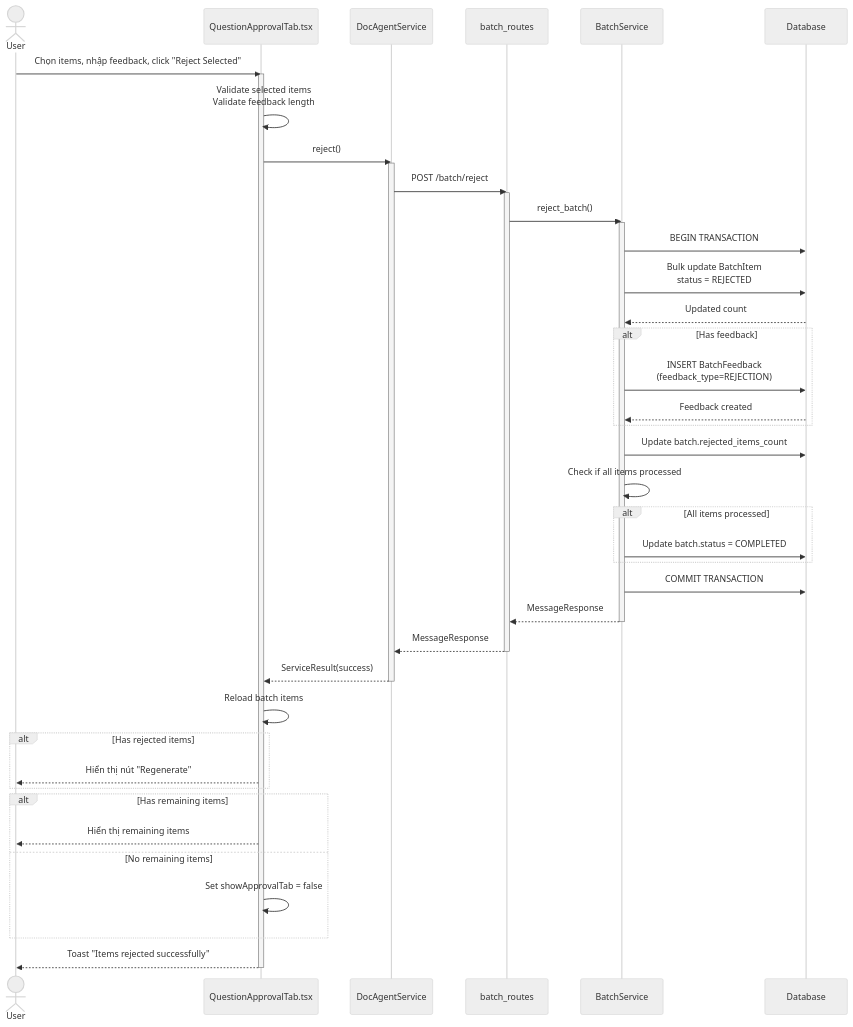
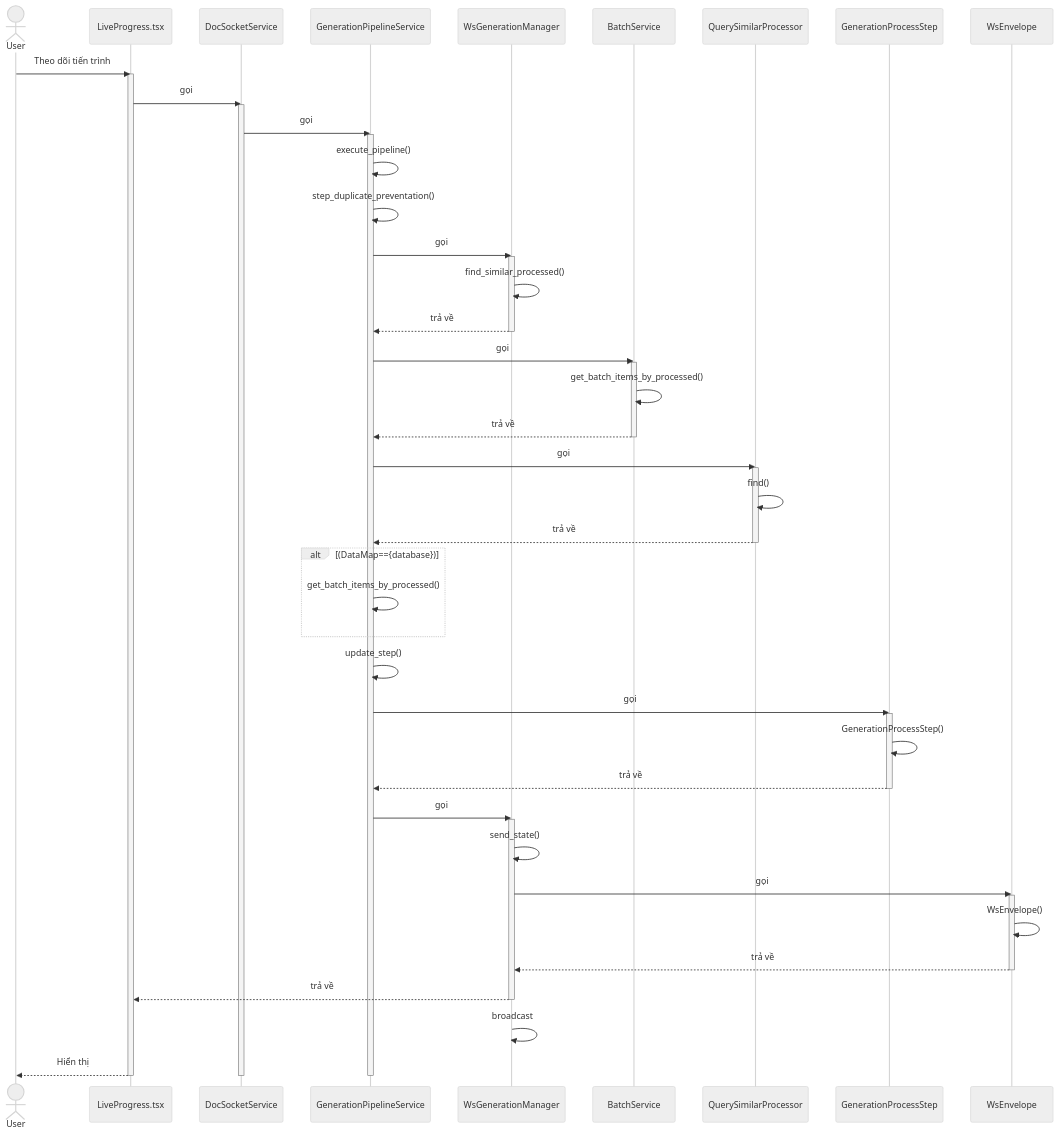
One commit to mduc-2610/gp_doc changed the ninth of 10 diagrams in generation/4_generation_batch_seq.md. Above: the diagram before and after it, drawn with Mermaid (neutral theme). The commit also changed other lines of this file and 34 other files, not shown here.

````diff
--- a/generation/4_generation_batch_seq.md
+++ b/generation/4_generation_batch_seq.md
@@ -912,63 +632,76 @@
 ```mermaid
 sequenceDiagram
     actor User
-    participant QuestionApprovalTab as QuestionApprovalTab.tsx
-    participant DocAgentService as DocAgentService
-    participant BatchRoutes as batch_routes
+    participant LiveProgress as LiveProgress.tsx
+    participant DocSocketService as DocSocketService
+    participant GenerationPipelineService as GenerationPipelineService
+    participant WsGenerationManager as WsGenerationManager
     participant BatchService as BatchService
-    participant DB as Database
+    participant QuerySimilarProcessor as QuerySimilarProcessor
+    participant GenerationProcessStep as GenerationProcessStep
+    participant WsEnvelope as WsEnvelope
 
-    User->>QuestionApprovalTab: Chọn items, nhập feedback, click "Reject Selected"
-    activate QuestionApprovalTab
+    User->>LiveProgress: Theo dõi tiến trình
+    activate LiveProgress
     
-    QuestionApprovalTab->>QuestionApprovalTab: Validate selected items<br/>Validate feedback length
+    LiveProgress->>DocSocketService: gọi
+    activate DocSocketService
     
-    QuestionApprovalTab->>DocAgentService: reject()
-    activate DocAgentService
-    DocAgentService->>BatchRoutes: POST /batch/reject
-    activate BatchRoutes
+    DocSocketService->>GenerationPipelineService: gọi
+    activate GenerationPipelineService
     
-    BatchRoutes->>BatchService: reject_batch()
+    GenerationPipelineService->>GenerationPipelineService: execute_pipeline()
+    GenerationPipelineService->>GenerationPipelineService: step_duplicate_preventation()
+    GenerationPipelineService->>WsGenerationManager: gọi
+    activate WsGenerationManager
+    
+    WsGenerationManager->>WsGenerationManager: find_similar_processed()
+    WsGenerationManager-->>GenerationPipelineService: trả về
+    deactivate WsGenerationManager
+    
+    GenerationPipelineService->>BatchService: gọi
     activate BatchService
-    BatchService->>DB: BEGIN TRANSACTION
     
-    BatchService->>DB: Bulk update BatchItem<br/>status = REJECTED
-    DB-->>BatchService: Updated count
+    BatchService->>BatchService: get_batch_items_by_processed()
+    BatchService-->>GenerationPipelineService: trả về
+    deactivate BatchService
     
-    alt Has feedback
-        BatchService->>DB: INSERT BatchFeedback<br/>(feedback_type=REJECTION)
-        DB-->>BatchService: Feedback created
+    GenerationPipelineService->>QuerySimilarProcessor: gọi
+    activate QuerySimilarProcessor
+    
+    QuerySimilarProcessor->>QuerySimilarProcessor: find()
+    QuerySimilarProcessor-->>GenerationPipelineService: trả về
+    deactivate QuerySimilarProcessor
+    
+    alt (DataMap=={database})
+        GenerationPipelineService->>GenerationPipelineService: get_batch_items_by_processed()
     end
     
-    BatchService->>DB: Update batch.rejected_items_count
+    GenerationPipelineService->>GenerationPipelineService: update_step()
+    GenerationPipelineService->>GenerationProcessStep: gọi
+    activate GenerationProcessStep
     
-    BatchService->>BatchService: Check if all items processed
-    alt All items processed
-        BatchService->>DB: Update batch.status = COMPLETED
-    end
+    GenerationProcessStep->>GenerationProcessStep: GenerationProcessStep()
+    GenerationProcessStep-->>GenerationPipelineService: trả về
+    deactivate GenerationProcessStep
     
-    BatchService->>DB: COMMIT TRANSACTION
+    GenerationPipelineService->>WsGenerationManager: gọi
+    activate WsGenerationManager
     
-    BatchService-->>BatchRoutes: MessageResponse
-    deactivate BatchService
+    WsGenerationManager->>WsGenerationManager: send_state()
+    WsGenerationManager->>WsEnvelope: gọi
+    activate WsEnvelope
     
-    BatchRoutes-->>DocAgentService: MessageResponse
-    deactivate BatchRoutes
-    DocAgentService-->>QuestionApprovalTab: ServiceResult(success)
-    deactivate DocAgentService
+    WsEnvelope->>WsEnvelope: WsEnvelope()
+    WsEnvelope-->>WsGenerationManager: trả về
+    deactivate WsEnvelope
     
-    QuestionApprovalTab->>QuestionApprovalTab: Reload batch items
+    WsGenerationManager-->>LiveProgress: trả về
+    deactivate WsGenerationManager
     
-    alt Has rejected items
-        QuestionApprovalTab-->>User: Hiển thị nút "Regenerate"
-    end
-    
-    alt Has remaining items
-        QuestionApprovalTab-->>User: Hiển thị remaining items
-    else No remaining items
-        QuestionApprovalTab->>QuestionApprovalTab: Set showApprovalTab = false
-    end
-    
-    QuestionApprovalTab-->>User: Toast "Items rejected successfully"
-    deactivate QuestionApprovalTab
+    WsGenerationManager->>WsGenerationManager: broadcast
+    LiveProgress-->>User: Hiển thị
+    deactivate GenerationPipelineService
+    deactivate DocSocketService
+    deactivate LiveProgress
 ```
````
